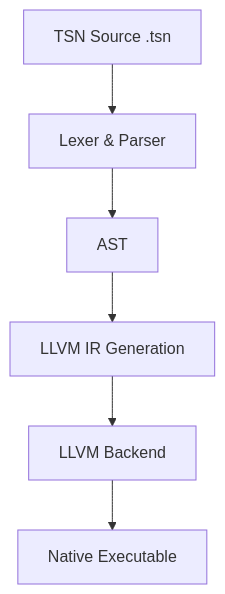
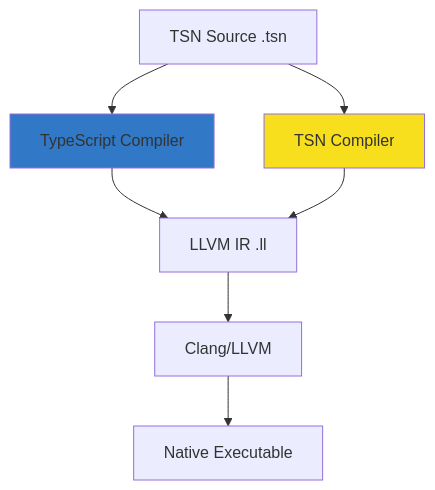
Before and after one commit to TSNLang/TSN: the diagram in README.md, drawn with Mermaid. The commit also changed other lines of this file and 83 other files, not shown here.

First line of the commit message:
v0.10.0-indev: Complete rewrite with TypeScript/TSN dual compiler system

````diff
--- a/README.md
+++ b/README.md
@@ -303,8 +271,12 @@
 ```mermaid
 graph TD
-    A[TSN Source .tsn] --> B[Lexer & Parser]
-    B --> C[AST]
-    C --> D[LLVM IR Generation]
-    D --> E[LLVM Backend]
+    A[TSN Source .tsn] --> B[TypeScript Compiler]
+    A --> C[TSN Compiler]
+    B --> D[LLVM IR .ll]
+    C --> D
+    D --> E[Clang/LLVM]
     E --> F[Native Executable]
+    
+    style B fill:#3178c6
+    style C fill:#f7df1e
 ```
````
